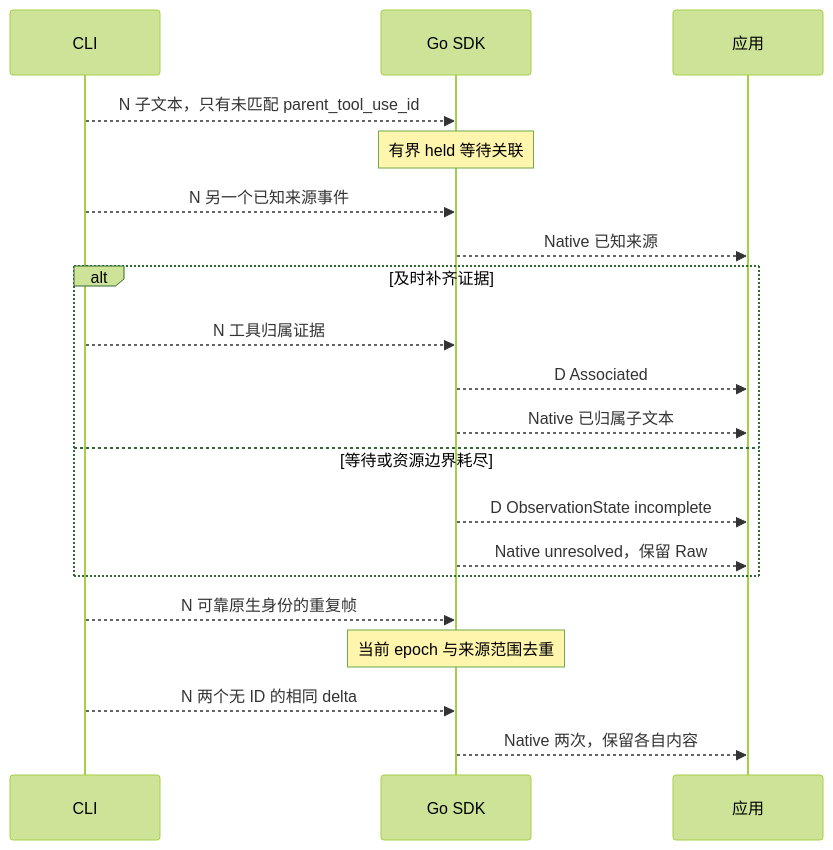
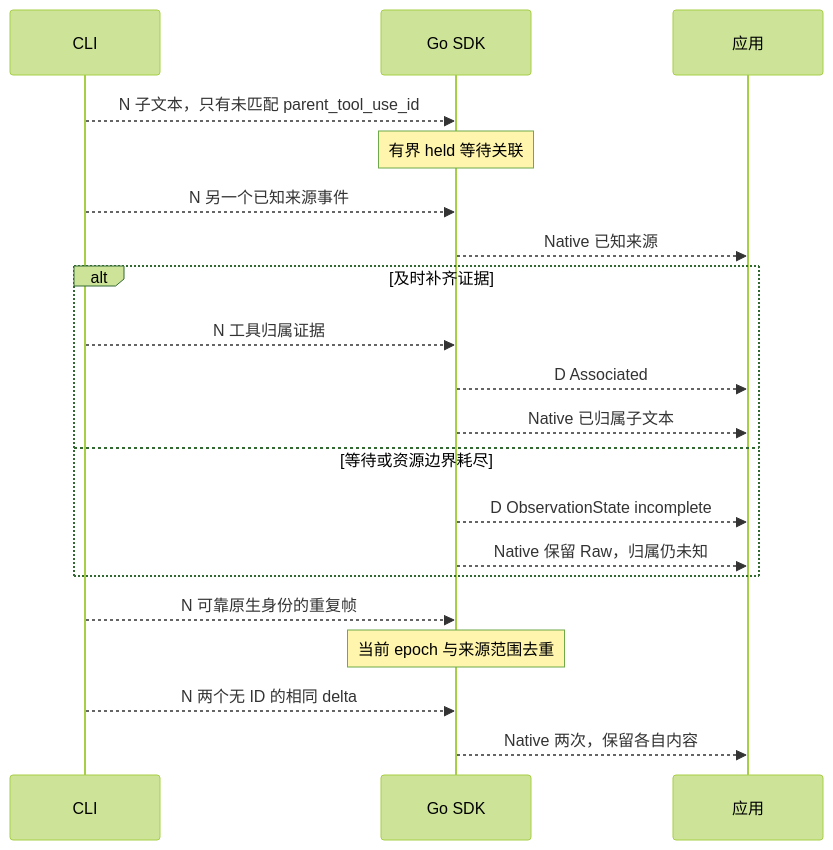
Before and after one commit to zoumo/agent-sdk-go: the eighth of 9 diagrams in docs/event-sequences.md, drawn with Mermaid (forest theme). The commit also changed other lines of this file and 25 other files, not shown here.

````diff
--- a/docs/event-sequences.md
+++ b/docs/event-sequences.md
@@ -263,22 +267,22 @@
 ```mermaid
 sequenceDiagram
     participant C as CLI
     participant G as Go SDK
     participant A as 应用
     C-->>G: N 子文本，只有未匹配 parent_tool_use_id
     Note over G: 有界 held 等待关联
     C-->>G: N 另一个已知来源事件
     G-->>A: Native 已知来源
     alt 及时补齐证据
         C-->>G: N 工具归属证据
         G-->>A: D Associated
         G-->>A: Native 已归属子文本
     else 等待或资源边界耗尽
         G-->>A: D ObservationState incomplete
-        G-->>A: Native unresolved，保留 Raw
+        G-->>A: Native 保留 Raw，归属仍未知
     end
     C-->>G: N 可靠原生身份的重复帧
     Note over G: 当前 epoch 与来源范围去重
     C-->>G: N 两个无 ID 的相同 delta
     G-->>A: Native 两次，保留各自内容
 ```
````
